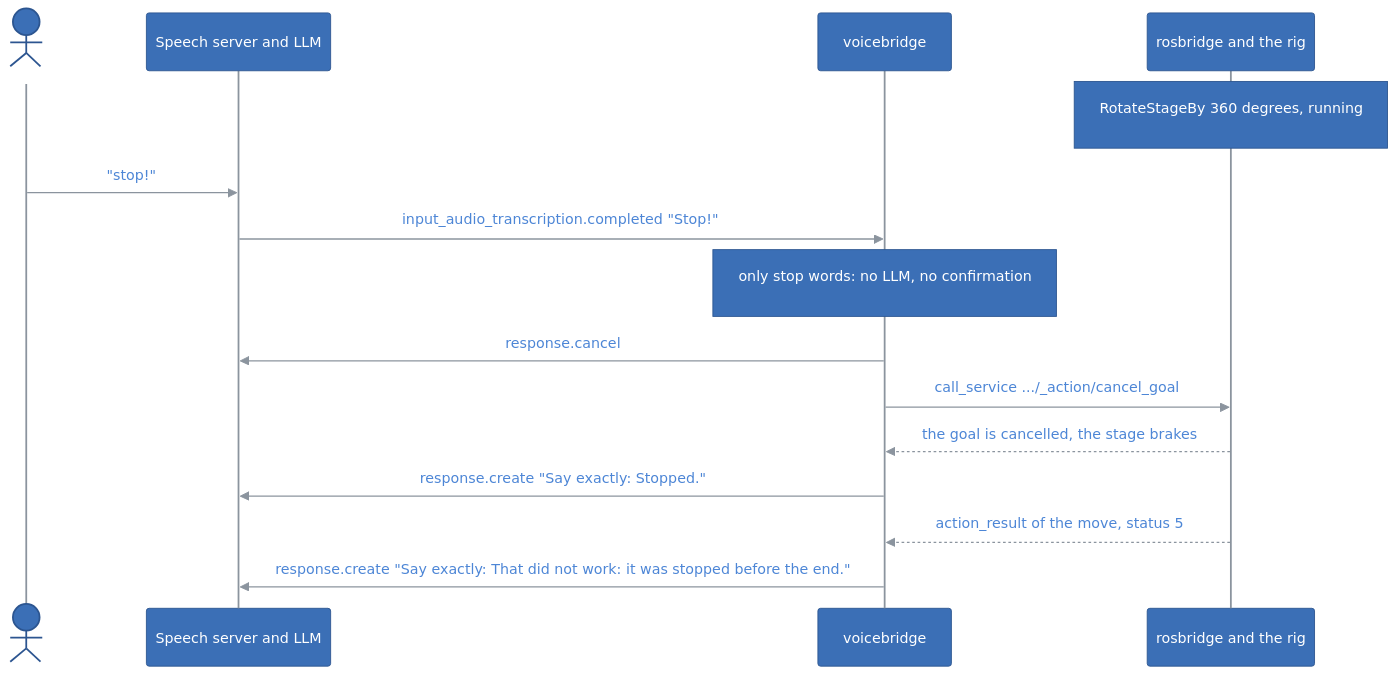
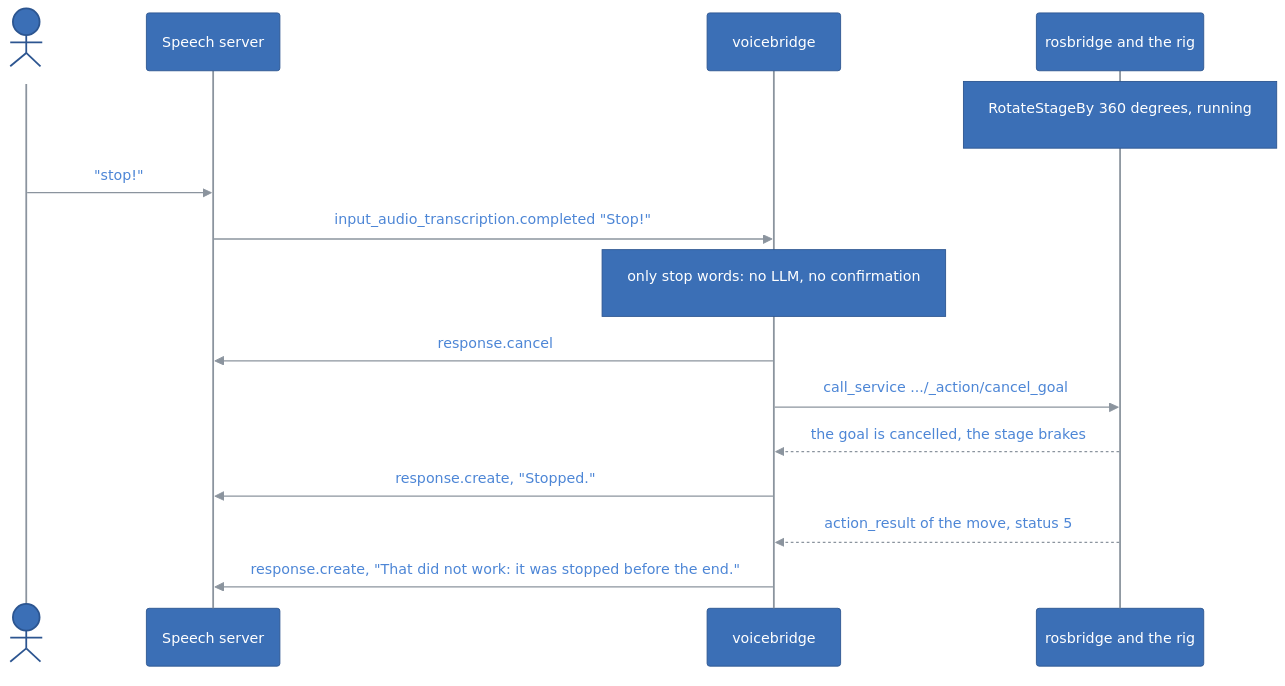
Before and after one commit to kineticsystem/stepit-speech: the fourth of 8 diagrams in docs/ARCHITECTURE.md, drawn with Mermaid. The commit also changed other lines of this file and 20 other files, not shown here.

First line of the commit message:
Rename to StepIt Speech; say the bridge's sentences through an LLM proxy

````diff
--- a/docs/ARCHITECTURE.md
+++ b/docs/ARCHITECTURE.md
@@ -346,72 +372,72 @@
 ```mermaid
 ---
 config:
   theme: base
   themeCSS: ".edgeLabel p { padding: 4px 10px; }"
   flowchart:
     padding: 20
     nodeSpacing: 40
     rankSpacing: 50
   class:
     padding: 16
   sequence:
     boxMargin: 12
     boxTextMargin: 8
     noteMargin: 28
     messageMargin: 40
     actorMargin: 60
     labelBoxWidth: 56
     labelBoxHeight: 28
   themeVariables:
     primaryColor: "#3b6fb6"
     primaryTextColor: "#ffffff"
     primaryBorderColor: "#2c5590"
     lineColor: "#8b949e"
     textColor: "#4d86d6"
     actorBkg: "#3b6fb6"
     actorBorder: "#2c5590"
     actorTextColor: "#ffffff"
     actorLineColor: "#8b949e"
     signalColor: "#8b949e"
     signalTextColor: "#4d86d6"
     noteBkgColor: "#3b6fb6"
     noteTextColor: "#ffffff"
     noteBorderColor: "#2c5590"
     secondaryColor: "#3b6fb6"
     tertiaryColor: "#3b6fb6"
     clusterBkg: "transparent"
     clusterBorder: "#8b949e"
     titleColor: "#4d86d6"
     edgeLabelBackground: "#3b6fb6"
     classText: "#ffffff"
     labelBoxBkgColor: "#3b6fb6"
     labelBoxBorderColor: "#2c5590"
     labelTextColor: "#ffffff"
     loopTextColor: "#4d86d6"
     mainBkg: "#3b6fb6"
     nodeBorder: "#2c5590"
     nodeTextColor: "#ffffff"
     secondaryBorderColor: "#2c5590"
     secondaryTextColor: "#ffffff"
     tertiaryBorderColor: "#2c5590"
     tertiaryTextColor: "#ffffff"
     errorBkgColor: "#3b6fb6"
     errorTextColor: "#ffffff"
 ---
 sequenceDiagram
     actor User
-    participant Speech as Speech server and LLM
+    participant Speech as Speech server
     participant Bridge as voicebridge
     participant Rig as rosbridge and the rig
 
     Note over Rig: RotateStageBy 360 degrees, running
     User ->> Speech: "stop!"
     Speech ->> Bridge: input_audio_transcription.completed "Stop!"
     Note over Bridge: only stop words: no LLM, no confirmation
     Bridge ->> Speech: response.cancel
     Bridge ->> Rig: call_service .../_action/cancel_goal
     Rig -->> Bridge: the goal is cancelled, the stage brakes
-    Bridge ->> Speech: response.create "Say exactly: Stopped."
+    Bridge ->> Speech: response.create, "Stopped."
     Rig -->> Bridge: action_result of the move, status 5
-    Bridge ->> Speech: response.create "Say exactly: That did not work: it was stopped before the end."
+    Bridge ->> Speech: response.create, "That did not work: it was stopped before the end."
 ```
````
